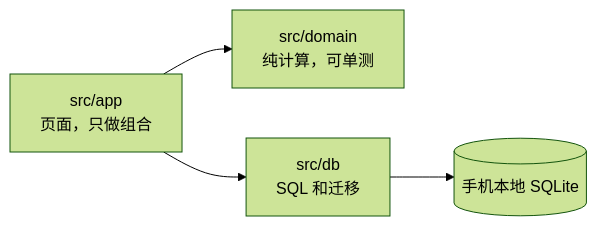
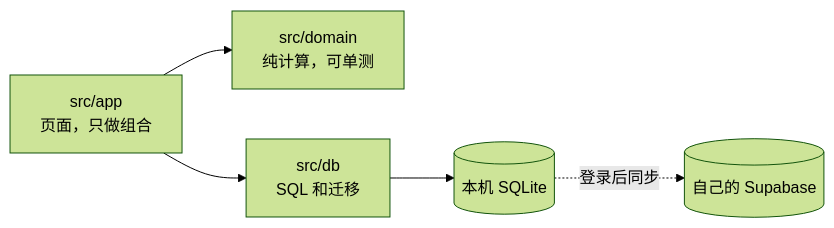
The second of 2 diagrams in README.md (Sam18069272581/jump-attack), drawn with Mermaid (forest theme) before and after one commit. The commit also changed other lines of this file and 2 other files, not shown here.

First line of the commit message:
docs(readme): 按纸面球场风格重拍截图，写清网页版、云端版和云端备份 (#22)

````diff
--- a/README.md
+++ b/README.md
@@ -114,6 +127,7 @@
 ```mermaid
 flowchart LR
     app["src/app<br/>页面，只做组合"] --> domain["src/domain<br/>纯计算，可单测"]
     app --> db["src/db<br/>SQL 和迁移"]
-    db --> sqlite[("手机本地 SQLite")]
+    db --> sqlite[("本机 SQLite")]
+    sqlite -. 登录后同步 .-> cloud[("自己的 Supabase")]
 ```
````
